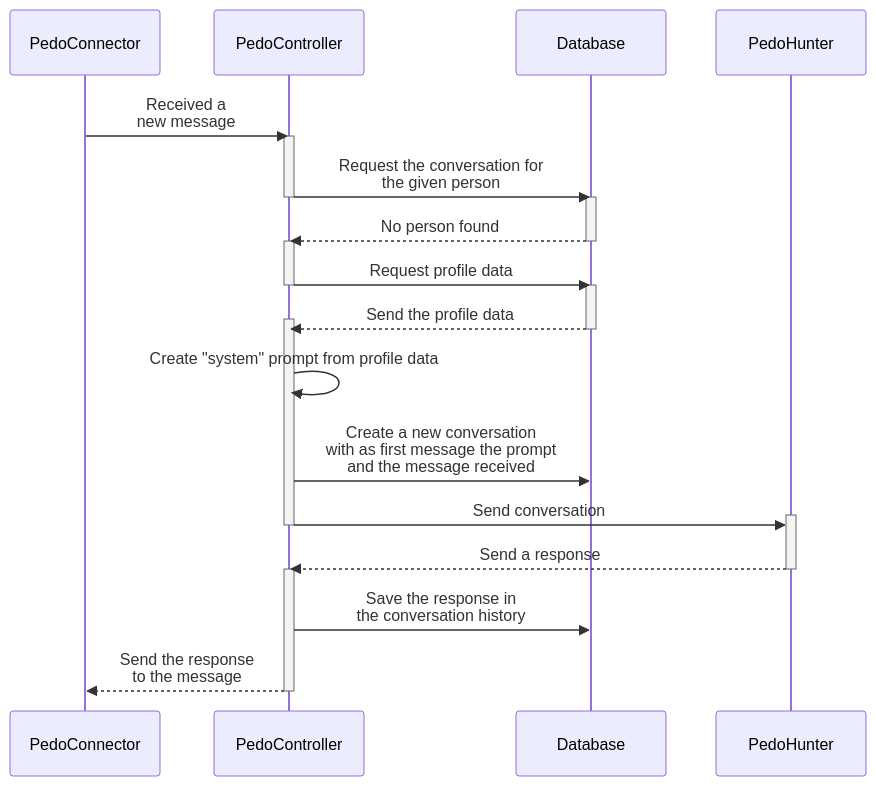
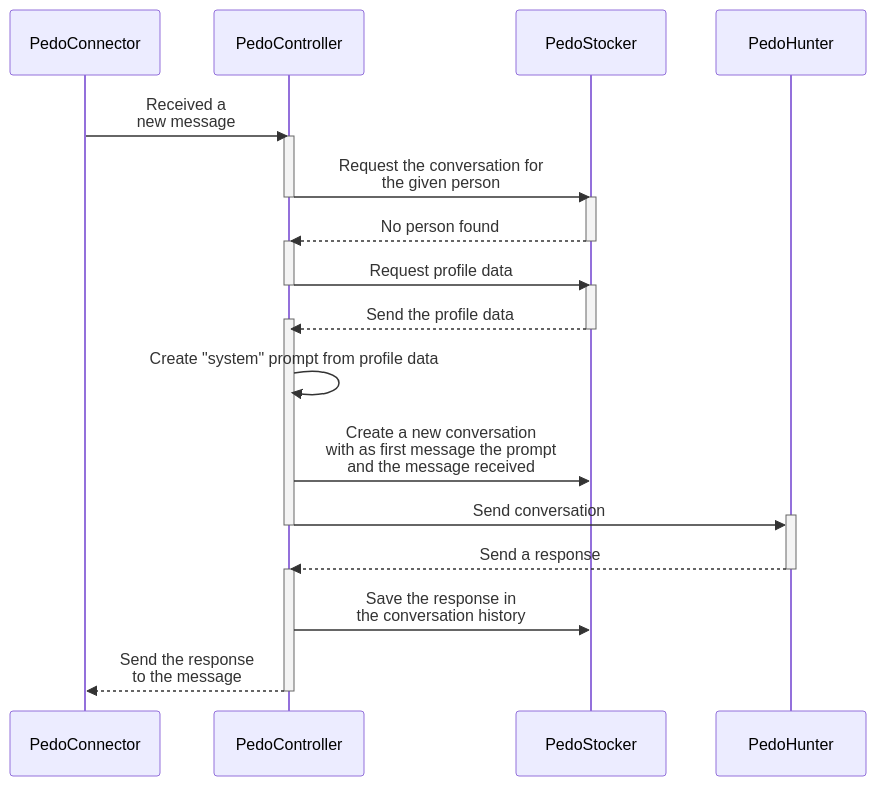
One commit to PedoPot/PedoDoc changed the first of 2 diagrams in PedoHunter/README.md. Above: the diagram before and after it, drawn with Mermaid. The commit also changed other lines of this file and 3 other files, not shown here.

Commit message:
refactor: Renamed Database to PedoStocker

````diff
--- a/PedoHunter/README.md
+++ b/PedoHunter/README.md
@@ -5,27 +5,27 @@
 ```mermaid
 sequenceDiagram
     PedoConnector->>PedoController: Received a <br/>new message
     activate PedoController
-    PedoController->>Database: Request the conversation for<br/>the given person
+    PedoController->>PedoStocker: Request the conversation for<br/>the given person
     deactivate PedoController
-    activate Database
-    Database-->>PedoController: No person found
-    deactivate Database
+    activate PedoStocker
+    PedoStocker-->>PedoController: No person found
+    deactivate PedoStocker
     activate PedoController
-    PedoController->>Database: Request profile data
+    PedoController->>PedoStocker: Request profile data
     deactivate PedoController
-    activate Database
-    Database-->>PedoController: Send the profile data
+    activate PedoStocker
+    PedoStocker-->>PedoController: Send the profile data
     activate PedoController
-    deactivate Database
+    deactivate PedoStocker
     PedoController->>PedoController: Create "system" prompt from profile data
-    PedoController->>Database: Create a new conversation <br/>with as first message the prompt<br/> and the message received
+    PedoController->>PedoStocker: Create a new conversation <br/>with as first message the prompt<br/> and the message received
     PedoController->>+PedoHunter: Send conversation
     deactivate PedoController
     PedoHunter-->>-PedoController: Send a response
     activate PedoController
-    PedoController->>Database: Save the response in <br/>the conversation history
+    PedoController->>PedoStocker: Save the response in <br/>the conversation history
     PedoController-->>PedoConnector: Send the response <br/>to the message
     deactivate PedoController
     
 ```
````
